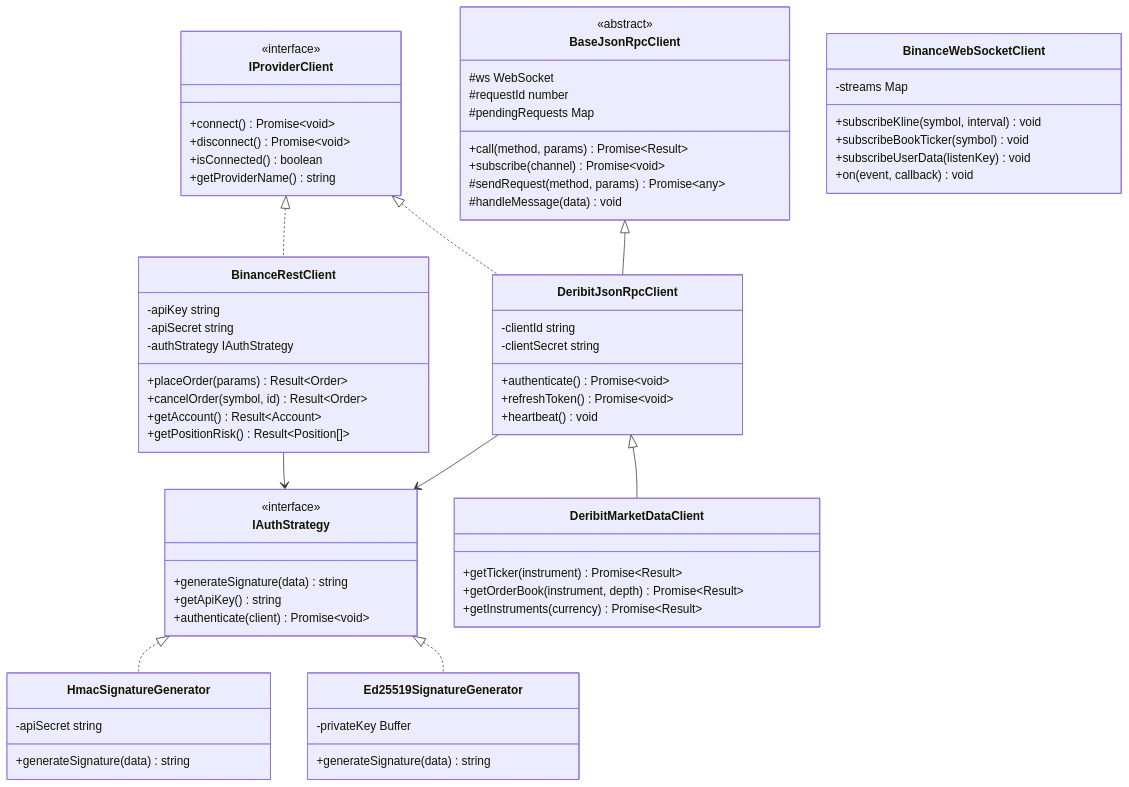
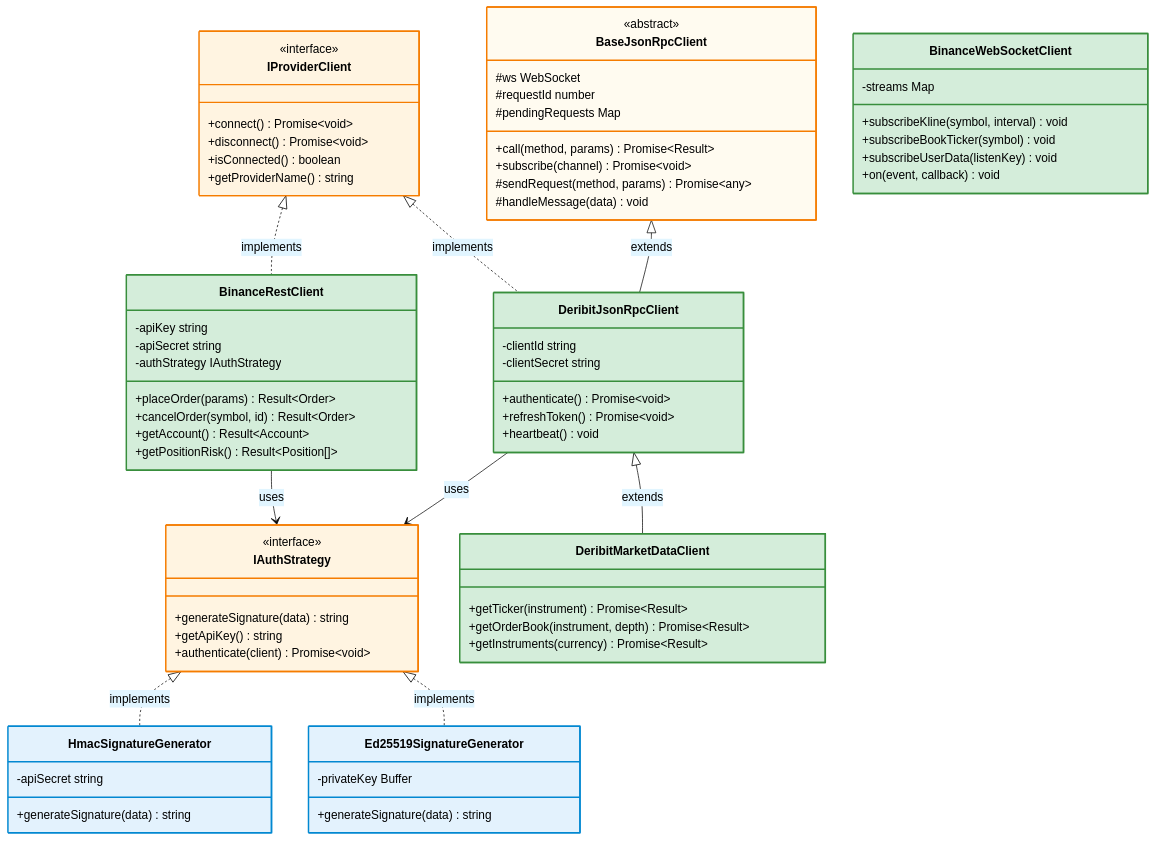
The fifth of 10 diagrams in README.md (ArmandRicheletKleinberg/Ark.Alliance.Trading.Providers.Lib), drawn with Mermaid before and after one commit. The commit also changed other lines of this file, not shown here.

First line of the commit message:
enhance: professional styling for main README mermaid diagrams

````diff
--- a/README.md
+++ b/README.md
@@ -424,4 +444,5 @@
 ```mermaid
+%%{init: {'theme':'base', 'themeVariables': { 'primaryColor':'#e1f5ff','primaryTextColor':'#000','primaryBorderColor':'#0288d1','classText':'#000'}}}%%
 classDiagram
     class IProviderClient {
         <<interface>>
@@ -491,12 +512,22 @@
         +generateSignature(data) string
     }
     
-    IProviderClient <|.. BinanceRestClient
-    IProviderClient <|.. DeribitJsonRpcClient
-    IAuthStrategy <|.. HmacSignatureGenerator
-    IAuthStrategy <|.. Ed25519SignatureGenerator
-    BaseJsonRpcClient <|-- DeribitJsonRpcClient
-    DeribitJsonRpcClient <|-- DeribitMarketDataClient
-    BinanceRestClient --> IAuthStrategy
-    DeribitJsonRpcClient --> IAuthStrategy
+    IProviderClient <|.. BinanceRestClient : implements
+    IProviderClient <|.. DeribitJsonRpcClient : implements
+    IAuthStrategy <|.. HmacSignatureGenerator : implements
+    IAuthStrategy <|.. Ed25519SignatureGenerator : implements
+    BaseJsonRpcClient <|-- DeribitJsonRpcClient : extends
+    DeribitJsonRpcClient <|-- DeribitMarketDataClient : extends
+    BinanceRestClient --> IAuthStrategy : uses
+    DeribitJsonRpcClient --> IAuthStrategy : uses
+    
+    style IProviderClient fill:#fff4e1,stroke:#f57c00,stroke-width:2px
+    style IAuthStrategy fill:#fff4e1,stroke:#f57c00,stroke-width:2px
+    style BaseJsonRpcClient fill:#fffbf0,stroke:#f57c00,stroke-width:2px
+    style BinanceRestClient fill:#d4edda,stroke:#388e3c,stroke-width:2px
+    style BinanceWebSocketClient fill:#d4edda,stroke:#388e3c,stroke-width:2px
+    style DeribitJsonRpcClient fill:#d4edda,stroke:#388e3c,stroke-width:2px
+    style DeribitMarketDataClient fill:#d4edda,stroke:#388e3c,stroke-width:2px
+    style HmacSignatureGenerator fill:#e3f2fd,stroke:#0288d1,stroke-width:2px
+    style Ed25519SignatureGenerator fill:#e3f2fd,stroke:#0288d1,stroke-width:2px
 ```
````
